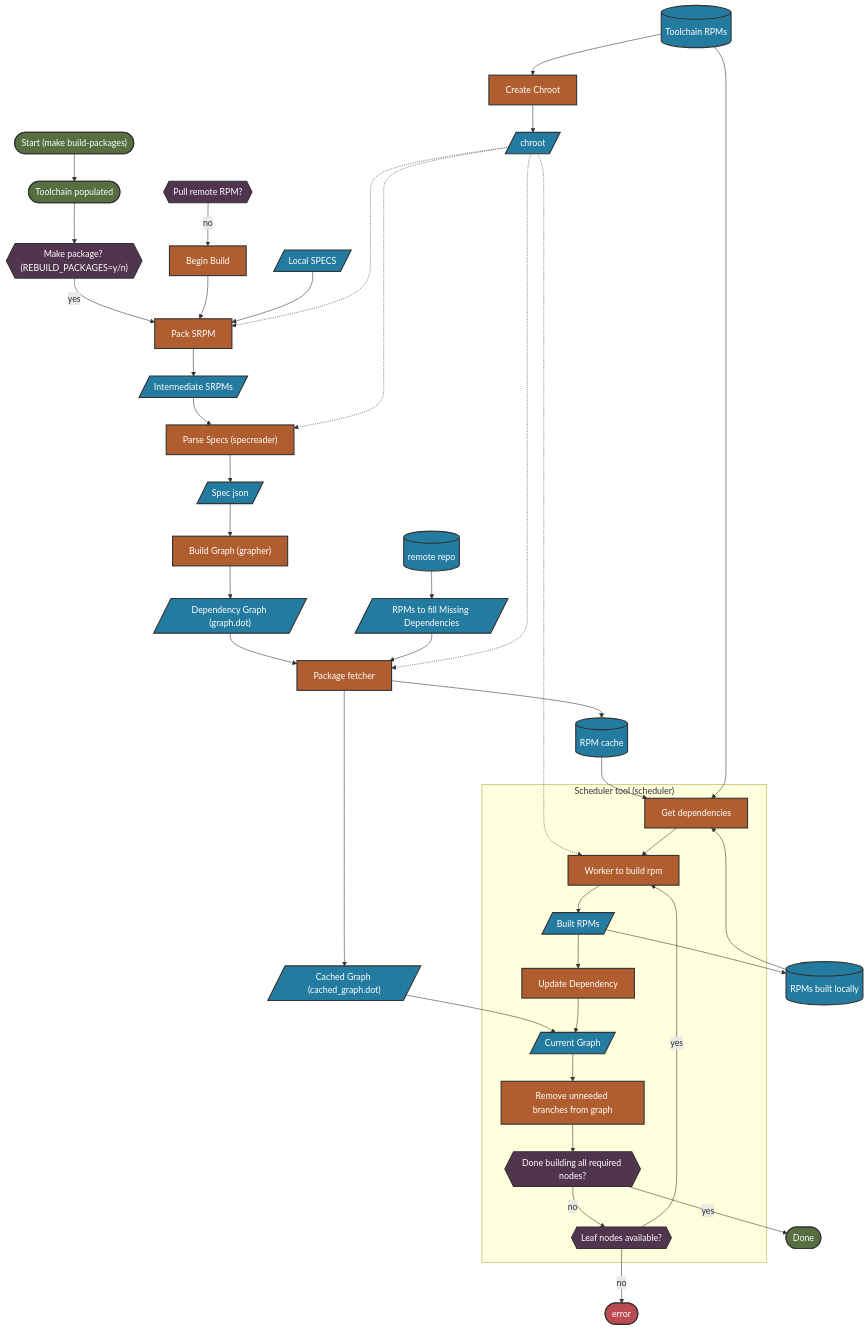
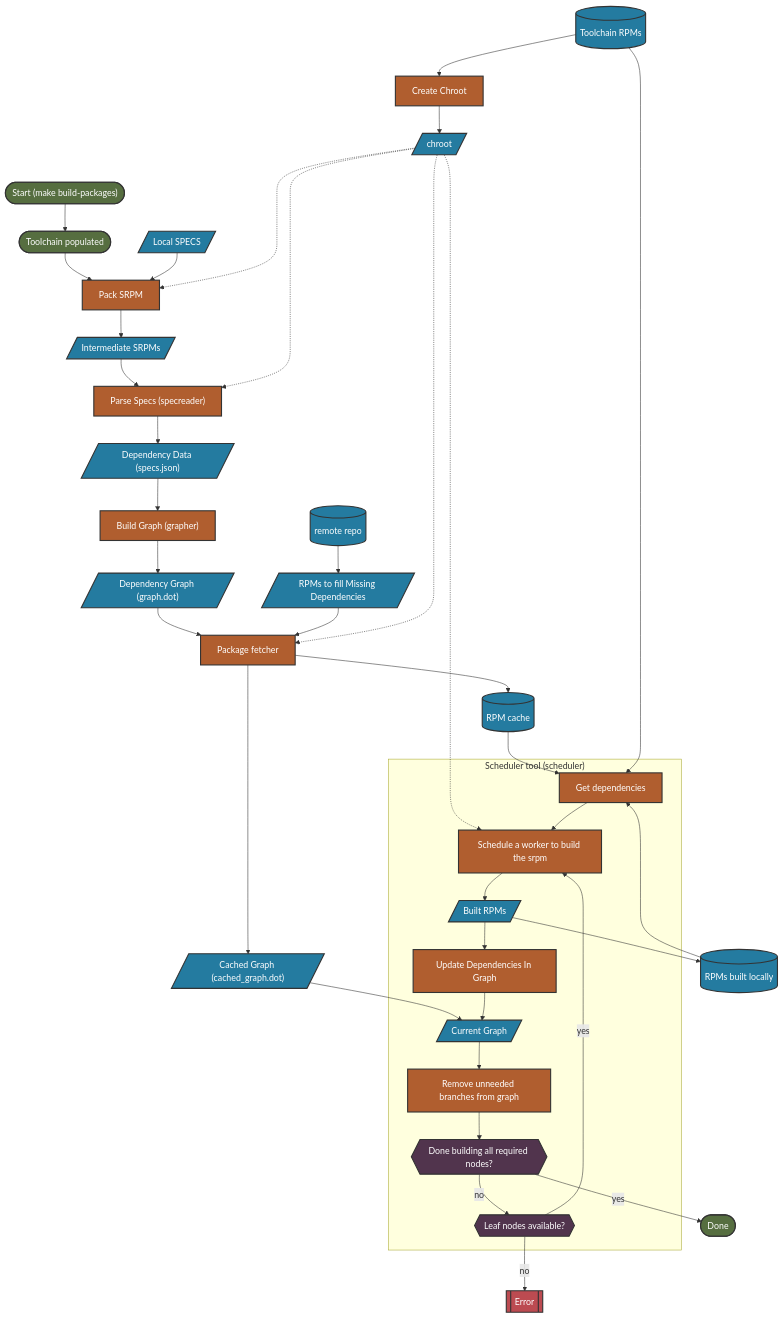
The fifth of 6 diagrams in toolkit/docs/how_it_works/0_intro.md (microsoft/azurelinux), drawn with Mermaid before and after one commit. The commit also changed other lines of this file, not shown here.

Commit message:
Update verbage and error shape

```diff
--- a/toolkit/docs/how_it_works/0_intro.md
+++ b/toolkit/docs/how_it_works/0_intro.md
@@ -168,24 +170,21 @@
     %% state nodes
     start(["Start (make build-packages)"]):::goodState
     done([Done]):::goodState
-    error([error]):::badState
+    error[[Error]]:::badState
 
     %% Rpm nodes
     tcPopulated([Toolchain populated]):::goodState
     localSpecs[/Local SPECS/]:::io
-    buildPackage{{"Make package? (REBUILD_PACKAGES=y/n)"}}:::decision
-    remoteRPM{{Pull remote RPM?}}:::decision
     tcRPMs[(Toolchain RPMs)]:::io
     createChroot[Create Chroot]:::process
     chroot[/chroot/]:::io
     iSRPMs[/Intermediate SRPMs/]:::io
     parse["Parse Specs (specreader)"]:::process
-    specjson[/Spec json/]:::io
+    specjson[/"Dependency Data (specs.json)"/]:::io
     buildGraph[" Build Graph (grapher) "]:::process
     depGraph[/"Dependency Graph (graph.dot)"/]:::io
     cacheGraph[/"Cached Graph (cached_graph.dot)"/]:::io
     packSRPM[Pack SRPM]:::process
-    beginBuild[Begin Build]:::process
     pkgFetcher[Package fetcher]:::process
     rpmCache[(RPM cache)]:::io
     remoteRepo[(remote repo)]:::io
@@ -194,10 +193,8 @@
 
     %% Rpms flow
     start --> tcPopulated
-    tcPopulated --> buildPackage
-    buildPackage -->|yes|packSRPM
-    remoteRPM -->|no|beginBuild
-    beginBuild --> packSRPM
+    tcPopulated --> packSRPM
+
     localSpecs-->packSRPM
     packSRPM-->iSRPMs
     iSRPMs--> parse
@@ -230,9 +227,9 @@
         trim[Remove unneeded branches from graph]:::process
         doneBuild{{Done building all required nodes?}}:::decision 
         leafNodesAvail{{Leaf nodes available?}}:::decision
-        worker[Worker to build rpm]:::process
+        worker[Schedule a worker to build the srpm]:::process
         builtRPMs[/Built RPMs/]:::io
-        updateDeps[Update Dependency]:::process
+        updateDeps[Update Dependencies In Graph]:::process
         getDeps[Get dependencies]:::process
 
         %% scheduler flow
```
